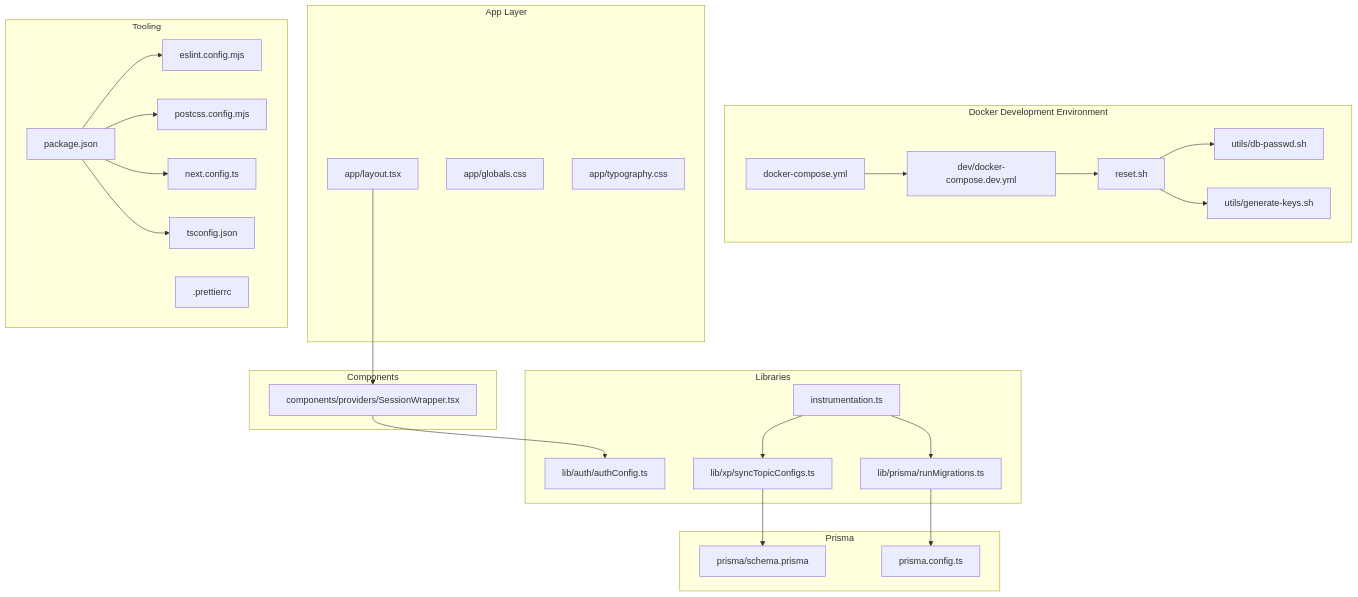
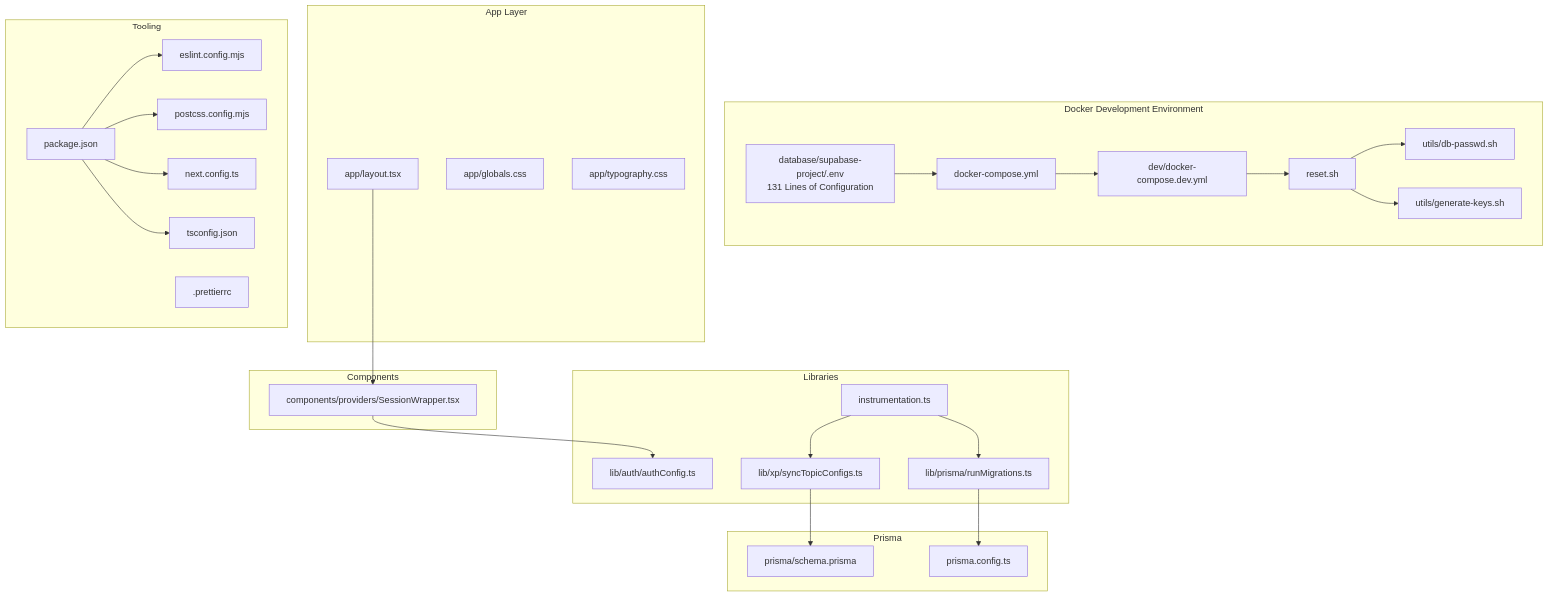
Before and after one commit to AlexKutz/math-app-next-js: the first of 6 diagrams in .qoder/repowiki/en/content/Development Guide.md, drawn with Mermaid. The commit also changed other lines of this file and 125 other files, not shown here.

````diff
--- a/.qoder/repowiki/en/content/Development Guide.md
+++ b/.qoder/repowiki/en/content/Development Guide.md
@@ -65,50 +163,52 @@
 ```mermaid
 graph TB
 subgraph "Docker Development Environment"
 COMPOSE["docker-compose.yml"]
 DEV_COMPOSE["dev/docker-compose.dev.yml"]
 RESET_SCRIPT["reset.sh"]
 DB_PASSWD["utils/db-passwd.sh"]
 GEN_KEYS["utils/generate-keys.sh"]
+ENV_FILE["database/supabase-project/.env<br/>131 Lines of Configuration"]
 end
 subgraph "App Layer"
 LAYOUT["app/layout.tsx"]
 GLOBALS["app/globals.css"]
 TYPOGRAPHY["app/typography.css"]
 end
 subgraph "Components"
 SESSION_WRAPPER["components/providers/SessionWrapper.tsx"]
 end
 subgraph "Libraries"
 AUTH_CONFIG["lib/auth/authConfig.ts"]
 RUN_MIGRATIONS["lib/prisma/runMigrations.ts"]
 SYNC_TOPIC["lib/xp/syncTopicConfigs.ts"]
 INSTRUMENTATION["instrumentation.ts"]
 end
 subgraph "Prisma"
 SCHEMA["prisma/schema.prisma"]
 PRISMA_CONFIG["prisma.config.ts"]
 end
 subgraph "Tooling"
 PKG["package.json"]
 TSCONFIG["tsconfig.json"]
 ESLINT["eslint.config.mjs"]
 POSTCSS["postcss.config.mjs"]
 NEXTCONF["next.config.ts"]
 PRETTIER[".prettierrc"]
 end
 COMPOSE --> DEV_COMPOSE
 DEV_COMPOSE --> RESET_SCRIPT
 RESET_SCRIPT --> DB_PASSWD
 RESET_SCRIPT --> GEN_KEYS
+ENV_FILE --> COMPOSE
 LAYOUT --> SESSION_WRAPPER
 SESSION_WRAPPER --> AUTH_CONFIG
 INSTRUMENTATION --> RUN_MIGRATIONS
 INSTRUMENTATION --> SYNC_TOPIC
 RUN_MIGRATIONS --> PRISMA_CONFIG
 SYNC_TOPIC --> SCHEMA
 PKG --> ESLINT
 PKG --> POSTCSS
 PKG --> NEXTCONF
 PKG --> TSCONFIG
 ```
````
